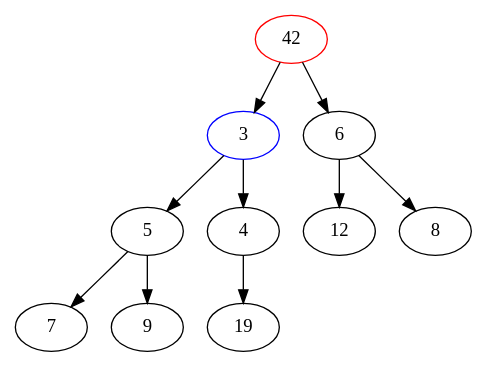
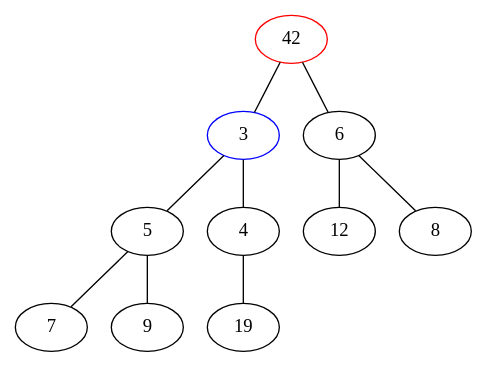
Before and after one commit to azolus/dstructOn: the diagram in heap/assets/heap_extract_3.dot, drawn with Graphviz. The commit also changed 20 other files, not shown here.

Commit message:
docs: change graph edges from arrows to lines

```diff
--- a/heap/assets/heap_extract_3.dot
+++ b/heap/assets/heap_extract_3.dot
@@ -1,13 +1,13 @@
-digraph G {
+graph G {
 	"42" [color=red];
 	"3" [color=blue];
-	42 -> 3;
-	42 -> 6;
-	3 -> 5;
-	3 -> 4;
-	6 -> 12;
-	6 -> 8;
-	5 -> 7;
-	5 -> 9;
-	4 -> 19;
+	42 -- 3;
+	42 -- 6;
+	3 -- 5;
+	3 -- 4;
+	6 -- 12;
+	6 -- 8;
+	5 -- 7;
+	5 -- 9;
+	4 -- 19;
 }
```
